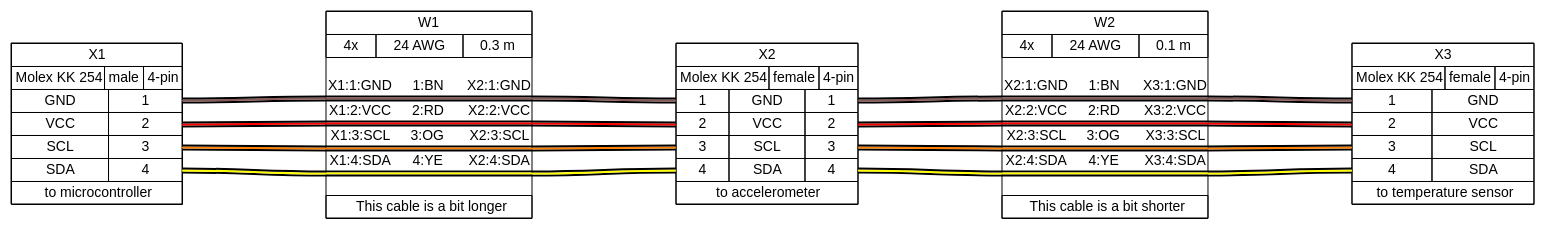
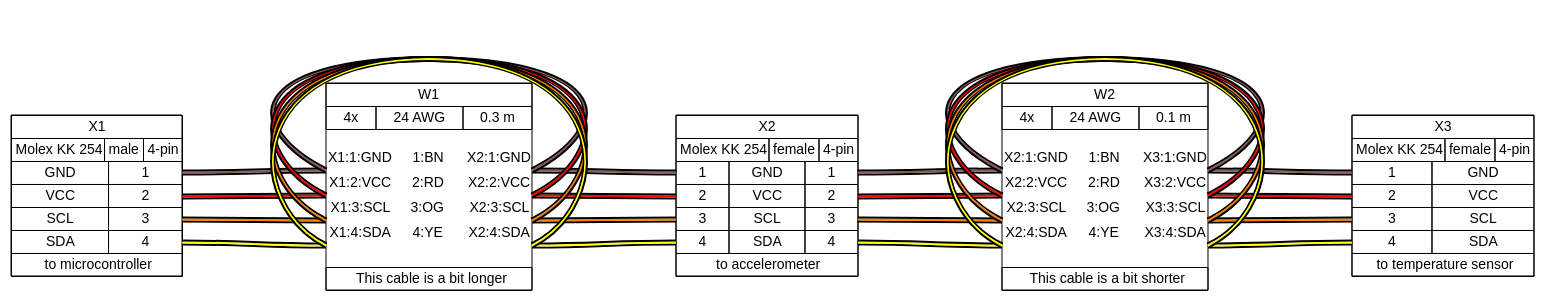
The diagram in tutorial/tutorial04.gv (wireviz/WireViz), drawn with Graphviz before and after one commit. The commit also changed 104 other files, not shown here.

```diff
--- a/tutorial/tutorial04.gv
+++ b/tutorial/tutorial04.gv
@@ -1,9 +1,10 @@
 graph {
-// Graph generated by WireViz 0.4
+// Graph generated by WireViz 0.5-dev
 // https://github.com/formatc1702/WireViz
 	graph [bgcolor="#FFFFFF" fontname=arial nodesep=0.33 rankdir=LR ranksep=2]
 	node [fillcolor="#FFFFFF" fontname=arial height=0 margin=0 shape=none style=filled width=0]
 	edge [fontname=arial style=bold]
+	edge [headclip=true style=bold tailclip=true]
 	X1 [label=<
 <table border="0" cellspacing="0" cellpadding="0">
  <tr><td>
@@ -45,6 +46,7 @@
  </td></tr>
 </table>
 > fillcolor="#FFFFFF" shape=box style=filled]
+	edge [headclip=true style=bold tailclip=true]
 	X2 [label=<
 <table border="0" cellspacing="0" cellpadding="0">
  <tr><td>
@@ -90,6 +92,7 @@
  </td></tr>
 </table>
 > fillcolor="#FFFFFF" shape=box style=filled]
+	edge [headclip=true style=bold tailclip=true]
 	X3 [label=<
 <table border="0" cellspacing="0" cellpadding="0">
  <tr><td>
@@ -134,15 +137,19 @@
 	edge [color="#000000:#895956:#000000"]
 	X1:p1r:e -- W1:w1:w
 	W1:w1:e -- X2:p1l:w
+	W1:w1:w -- W1:w1:e [straight=straight]
 	edge [color="#000000:#ff0000:#000000"]
 	X1:p2r:e -- W1:w2:w
 	W1:w2:e -- X2:p2l:w
+	W1:w2:w -- W1:w2:e [straight=straight]
 	edge [color="#000000:#ff8000:#000000"]
 	X1:p3r:e -- W1:w3:w
 	W1:w3:e -- X2:p3l:w
+	W1:w3:w -- W1:w3:e [straight=straight]
 	edge [color="#000000:#ffff00:#000000"]
 	X1:p4r:e -- W1:w4:w
 	W1:w4:e -- X2:p4l:w
+	W1:w4:w -- W1:w4:e [straight=straight]
 	W1 [label=<
 <table border="0" cellspacing="0" cellpadding="0">
  <tr><td>
@@ -170,9 +177,7 @@
    <tr>
     <td colspan="3" border="0" cellspacing="0" cellpadding="0" port="w1" height="6">
      <table cellspacing="0" cellborder="0" border="0">
-      <tr><td colspan="3" cellpadding="0" height="2" bgcolor="#000000" border="0"></td></tr>
-      <tr><td colspan="3" cellpadding="0" height="2" bgcolor="#895956" border="0"></td></tr>
-      <tr><td colspan="3" cellpadding="0" height="2" bgcolor="#000000" border="0"></td></tr>
+    <tr><td colspan="3" cellpadding="0" height="6" border="0"></td></tr>
      </table>
     </td>
    </tr>
@@ -186,9 +191,7 @@
    <tr>
     <td colspan="3" border="0" cellspacing="0" cellpadding="0" port="w2" height="6">
      <table cellspacing="0" cellborder="0" border="0">
-      <tr><td colspan="3" cellpadding="0" height="2" bgcolor="#000000" border="0"></td></tr>
-      <tr><td colspan="3" cellpadding="0" height="2" bgcolor="#ff0000" border="0"></td></tr>
-      <tr><td colspan="3" cellpadding="0" height="2" bgcolor="#000000" border="0"></td></tr>
+    <tr><td colspan="3" cellpadding="0" height="6" border="0"></td></tr>
      </table>
     </td>
    </tr>
@@ -202,9 +205,7 @@
    <tr>
     <td colspan="3" border="0" cellspacing="0" cellpadding="0" port="w3" height="6">
      <table cellspacing="0" cellborder="0" border="0">
-      <tr><td colspan="3" cellpadding="0" height="2" bgcolor="#000000" border="0"></td></tr>
-      <tr><td colspan="3" cellpadding="0" height="2" bgcolor="#ff8000" border="0"></td></tr>
-      <tr><td colspan="3" cellpadding="0" height="2" bgcolor="#000000" border="0"></td></tr>
+    <tr><td colspan="3" cellpadding="0" height="6" border="0"></td></tr>
      </table>
     </td>
    </tr>
@@ -218,9 +219,7 @@
    <tr>
     <td colspan="3" border="0" cellspacing="0" cellpadding="0" port="w4" height="6">
      <table cellspacing="0" cellborder="0" border="0">
-      <tr><td colspan="3" cellpadding="0" height="2" bgcolor="#000000" border="0"></td></tr>
-      <tr><td colspan="3" cellpadding="0" height="2" bgcolor="#ffff00" border="0"></td></tr>
-      <tr><td colspan="3" cellpadding="0" height="2" bgcolor="#000000" border="0"></td></tr>
+    <tr><td colspan="3" cellpadding="0" height="6" border="0"></td></tr>
      </table>
     </td>
    </tr>
@@ -237,15 +236,19 @@
 	edge [color="#000000:#895956:#000000"]
 	X2:p1r:e -- W2:w1:w
 	W2:w1:e -- X3:p1l:w
+	W2:w1:w -- W2:w1:e [straight=straight]
 	edge [color="#000000:#ff0000:#000000"]
 	X2:p2r:e -- W2:w2:w
 	W2:w2:e -- X3:p2l:w
+	W2:w2:w -- W2:w2:e [straight=straight]
 	edge [color="#000000:#ff8000:#000000"]
 	X2:p3r:e -- W2:w3:w
 	W2:w3:e -- X3:p3l:w
+	W2:w3:w -- W2:w3:e [straight=straight]
 	edge [color="#000000:#ffff00:#000000"]
 	X2:p4r:e -- W2:w4:w
 	W2:w4:e -- X3:p4l:w
+	W2:w4:w -- W2:w4:e [straight=straight]
 	W2 [label=<
 <table border="0" cellspacing="0" cellpadding="0">
  <tr><td>
@@ -273,9 +276,7 @@
    <tr>
     <td colspan="3" border="0" cellspacing="0" cellpadding="0" port="w1" height="6">
      <table cellspacing="0" cellborder="0" border="0">
-      <tr><td colspan="3" cellpadding="0" height="2" bgcolor="#000000" border="0"></td></tr>
-      <tr><td colspan="3" cellpadding="0" height="2" bgcolor="#895956" border="0"></td></tr>
-      <tr><td colspan="3" cellpadding="0" height="2" bgcolor="#000000" border="0"></td></tr>
+    <tr><td colspan="3" cellpadding="0" height="6" border="0"></td></tr>
      </table>
     </td>
    </tr>
@@ -289,9 +290,7 @@
    <tr>
     <td colspan="3" border="0" cellspacing="0" cellpadding="0" port="w2" height="6">
      <table cellspacing="0" cellborder="0" border="0">
-      <tr><td colspan="3" cellpadding="0" height="2" bgcolor="#000000" border="0"></td></tr>
-      <tr><td colspan="3" cellpadding="0" height="2" bgcolor="#ff0000" border="0"></td></tr>
-      <tr><td colspan="3" cellpadding="0" height="2" bgcolor="#000000" border="0"></td></tr>
+    <tr><td colspan="3" cellpadding="0" height="6" border="0"></td></tr>
      </table>
     </td>
    </tr>
@@ -305,9 +304,7 @@
    <tr>
     <td colspan="3" border="0" cellspacing="0" cellpadding="0" port="w3" height="6">
      <table cellspacing="0" cellborder="0" border="0">
-      <tr><td colspan="3" cellpadding="0" height="2" bgcolor="#000000" border="0"></td></tr>
-      <tr><td colspan="3" cellpadding="0" height="2" bgcolor="#ff8000" border="0"></td></tr>
-      <tr><td colspan="3" cellpadding="0" height="2" bgcolor="#000000" border="0"></td></tr>
+    <tr><td colspan="3" cellpadding="0" height="6" border="0"></td></tr>
      </table>
     </td>
    </tr>
@@ -321,9 +318,7 @@
    <tr>
     <td colspan="3" border="0" cellspacing="0" cellpadding="0" port="w4" height="6">
      <table cellspacing="0" cellborder="0" border="0">
-      <tr><td colspan="3" cellpadding="0" height="2" bgcolor="#000000" border="0"></td></tr>
-      <tr><td colspan="3" cellpadding="0" height="2" bgcolor="#ffff00" border="0"></td></tr>
-      <tr><td colspan="3" cellpadding="0" height="2" bgcolor="#000000" border="0"></td></tr>
+    <tr><td colspan="3" cellpadding="0" height="6" border="0"></td></tr>
      </table>
     </td>
    </tr>
```
